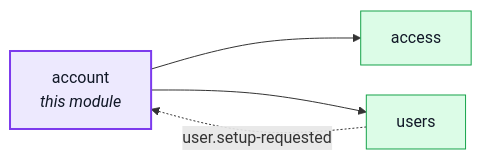
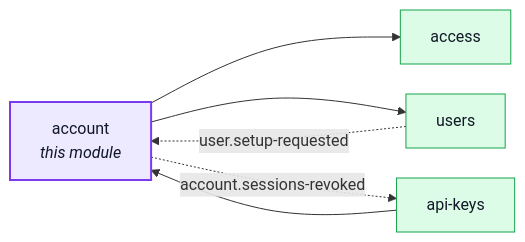
Before and after one commit to Guebbit/boilerplate-node-backend: the first of 4 diagrams in docs/modules/account.md, drawn with Mermaid. The commit also changed 29 other files, not shown here.

First line of the commit message:
feat(api-keys)!: minting needs a fresh session, every key expires, and a compromise revokes them

````diff
--- a/docs/modules/account.md
+++ b/docs/modules/account.md
@@ -16,18 +16,21 @@
 ```mermaid
 %%{init: {'flowchart': {'nodeSpacing': 30, 'rankSpacing': 60}}}%%
 flowchart LR
     account["account<br/><i>this module</i>"]
     access["access"]
+    api_keys["api-keys"]
     users["users"]
 
+    api_keys --> account
     account --> access
     account --> users
     users -. "user.setup-requested" .-> account
+    account -. "account.sessions-revoked" .-> api_keys
 
     classDef core fill:#dbeafe,stroke:#2563eb,color:#111827;
     classDef supporting fill:#fef3c7,stroke:#d97706,color:#111827;
     classDef generic fill:#dcfce7,stroke:#16a34a,color:#111827;
     classDef centre fill:#ede9fe,stroke:#7c3aed,stroke-width:2px,color:#111827;
-    class access,users generic;
+    class access,api_keys,users generic;
     class account centre;
 ```
````
